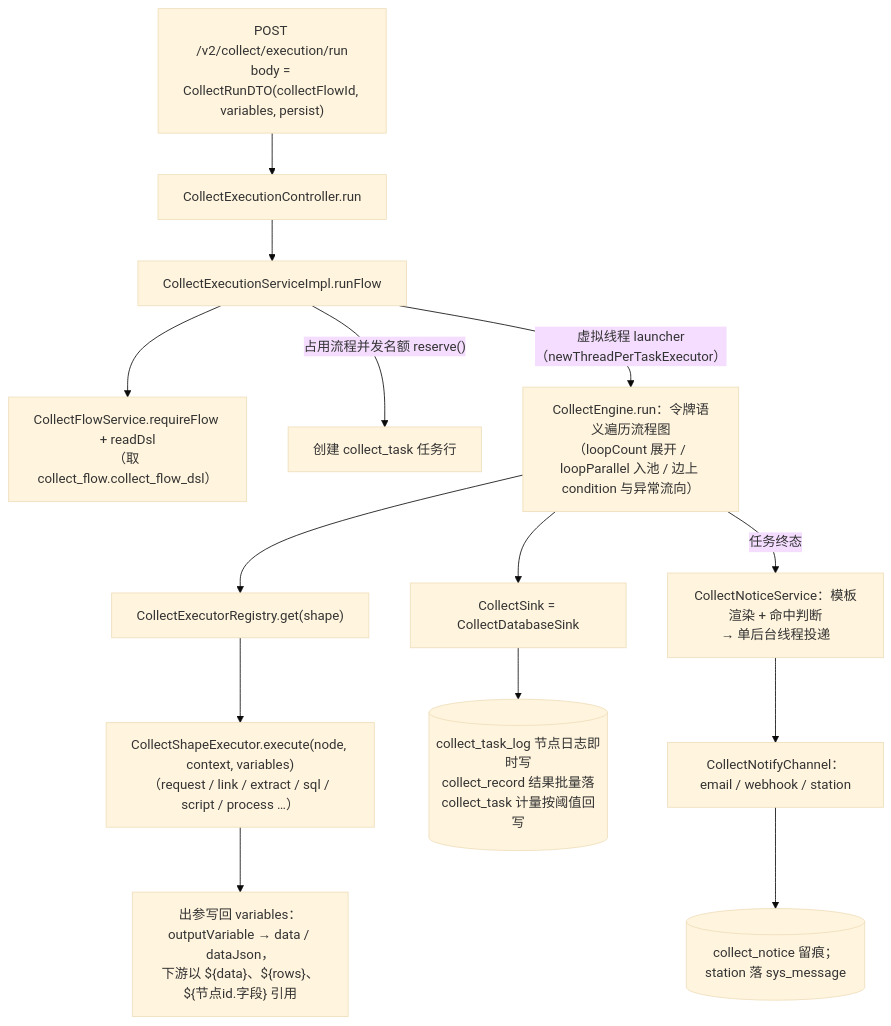
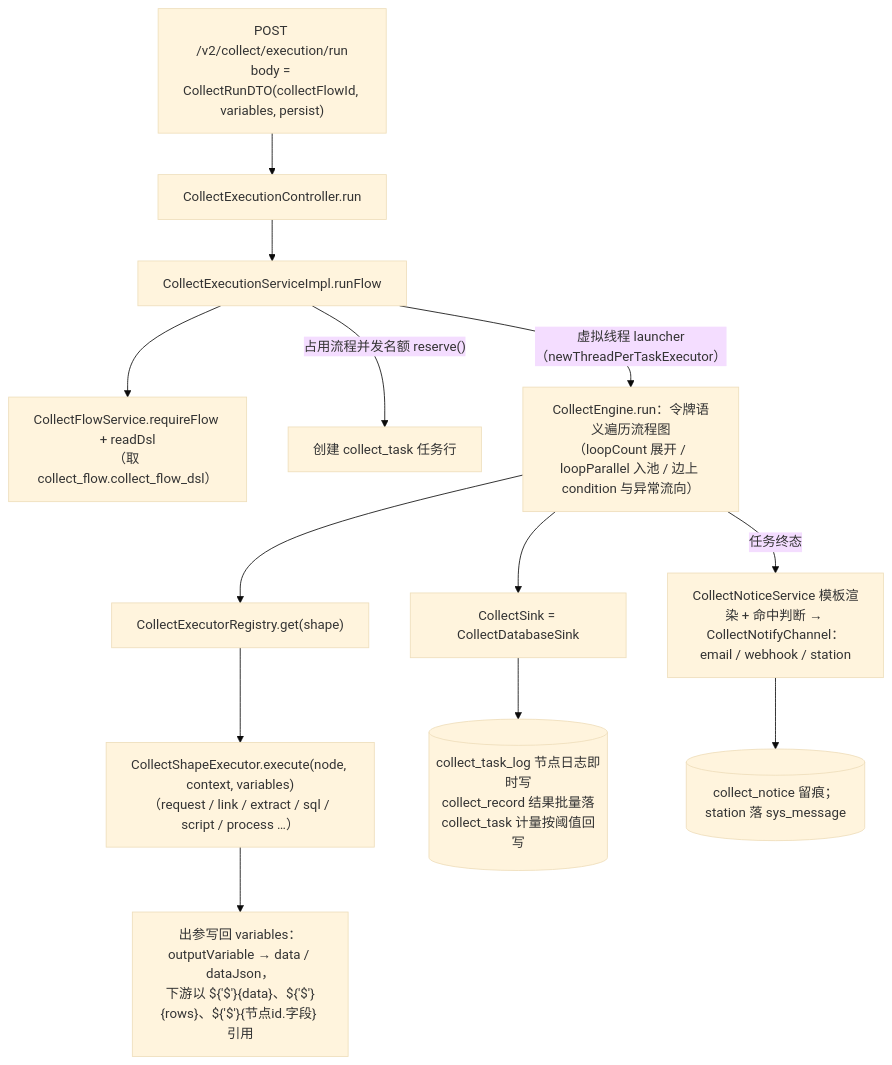
One commit to CHTK001/spring-support-parent-starter changed the second of 2 diagrams in spring-support-collect-starter/README.md. Above: the diagram before and after it, drawn with Mermaid (base theme). The commit also changed other lines of this file and 54 other files, not shown here.

````diff
--- a/spring-support-collect-starter/README.md
+++ b/spring-support-collect-starter/README.md
@@ -134,16 +47,15 @@
 ```mermaid
 flowchart TB
     U["POST /v2/collect/execution/run<br/>body = CollectRunDTO(collectFlowId, variables, persist)"] --> CT["CollectExecutionController.run"]
     CT --> ES["CollectExecutionServiceImpl.runFlow"]
     ES --> FS["CollectFlowService.requireFlow + readDsl<br/>（取 collect_flow.collect_flow_dsl）"]
     ES -->|"占用流程并发名额 reserve()"| TK["创建 collect_task 任务行"]
     ES -->|"虚拟线程 launcher（newThreadPerTaskExecutor）"| EN["CollectEngine.run：令牌语义遍历流程图<br/>（loopCount 展开 / loopParallel 入池 / 边上 condition 与异常流向）"]
     EN --> RG["CollectExecutorRegistry.get(shape)"]
     RG --> EX["CollectShapeExecutor.execute(node, context, variables)<br/>（request / link / extract / sql / script / process …）"]
-    EX --> VAR["出参写回 variables：outputVariable → data / dataJson，<br/>下游以 ${data}、${rows}、${节点id.字段} 引用"]
+    EX --> VAR["出参写回 variables：outputVariable → data / dataJson，<br/>下游以 ${'$'}{data}、${'$'}{rows}、${'$'}{节点id.字段} 引用"]
     EN --> SK["CollectSink = CollectDatabaseSink"]
     SK --> DB[("collect_task_log 节点日志即时写<br/>collect_record 结果批量落<br/>collect_task 计量按阈值回写")]
-    EN -->|"任务终态"| NS["CollectNoticeService：模板渲染 + 命中判断<br/>→ 单后台线程投递"]
-    NS --> CH["CollectNotifyChannel：email / webhook / station"]
+    EN -->|"任务终态"| CH["CollectNoticeService 模板渲染 + 命中判断 → CollectNotifyChannel：email / webhook / station"]
     CH --> DB2[("collect_notice 留痕；station 落 sys_message")]
 ```
````
